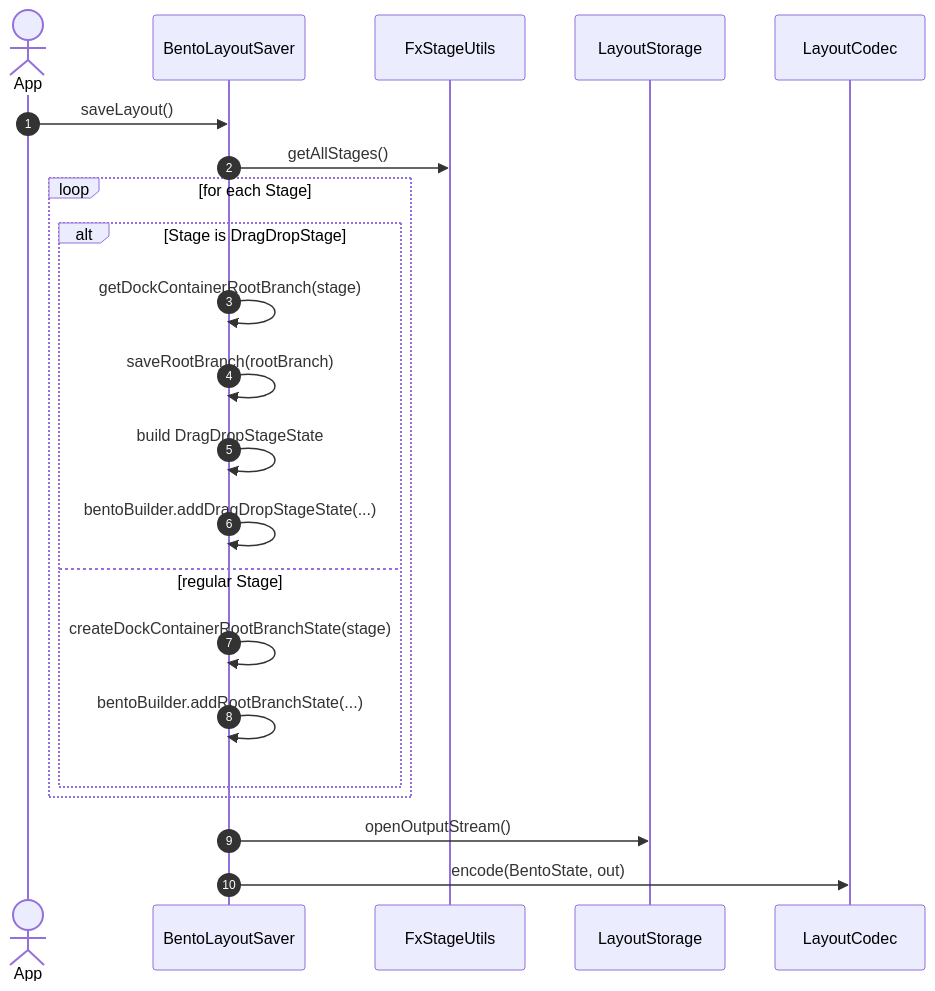
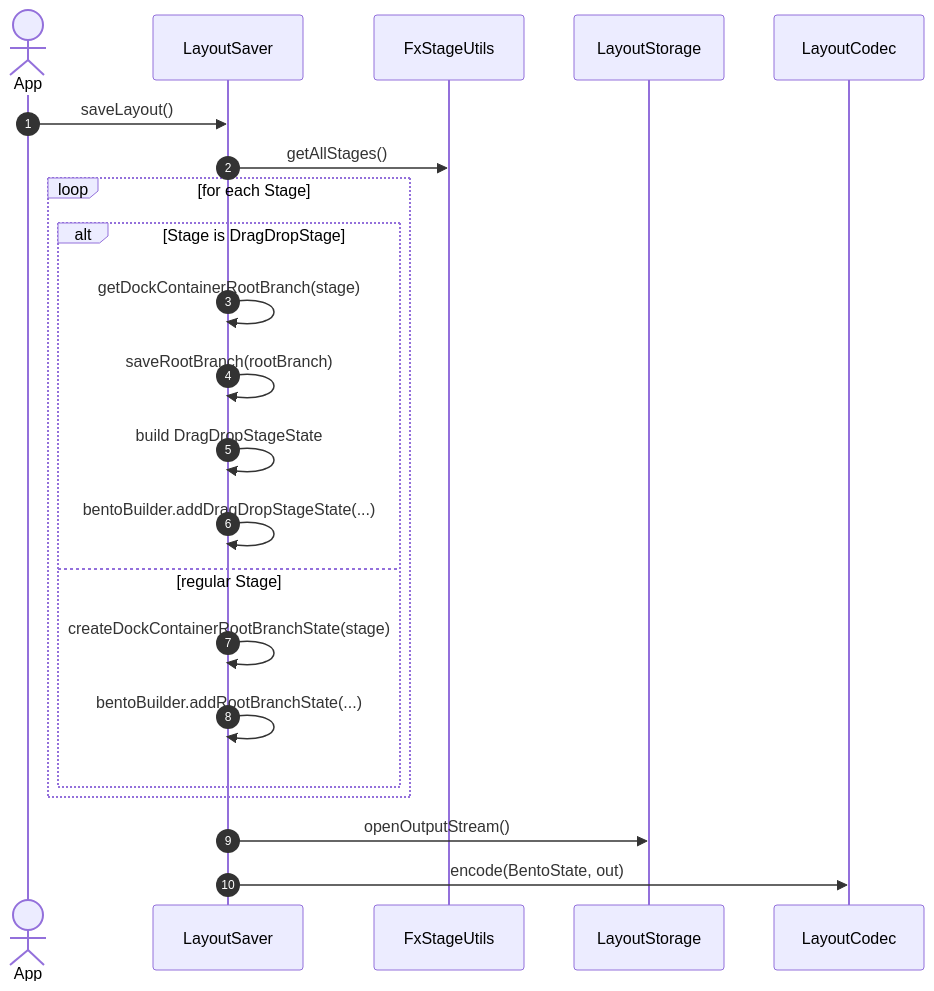
Before and after one commit to philliplbryant/BentoFX: the second of 4 diagrams in assets/bento-layout-persistence-diagrams.md, drawn with Mermaid. The commit also changed other lines of this file and 7 other files, not shown here.

````diff
--- a/assets/bento-layout-persistence-diagrams.md
+++ b/assets/bento-layout-persistence-diagrams.md
@@ -55,25 +55,25 @@
 ```mermaid
 sequenceDiagram
   autonumber
   actor App
-  participant Saver as BentoLayoutSaver
+  participant Saver as LayoutSaver
   participant Fx as FxStageUtils
   participant Storage as LayoutStorage
   participant Codec as LayoutCodec
 
   App->>Saver: saveLayout()
   Saver->>Fx: getAllStages()
   loop for each Stage
     alt Stage is DragDropStage
       Saver->>Saver: getDockContainerRootBranch(stage)
       Saver->>Saver: saveRootBranch(rootBranch)
       Saver->>Saver: build DragDropStageState
       Saver->>Saver: bentoBuilder.addDragDropStageState(...)
     else regular Stage
       Saver->>Saver: createDockContainerRootBranchState(stage)
       Saver->>Saver: bentoBuilder.addRootBranchState(...)
     end
   end
   Saver->>Storage: openOutputStream()
   Saver->>Codec: encode(BentoState, out)
 ```
````
